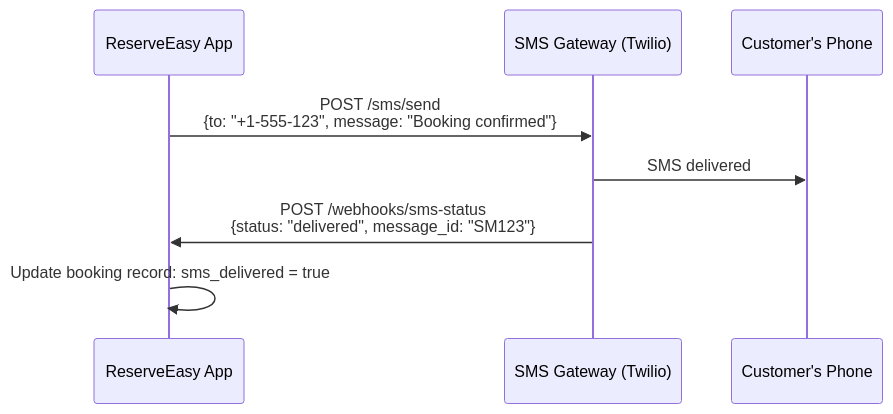
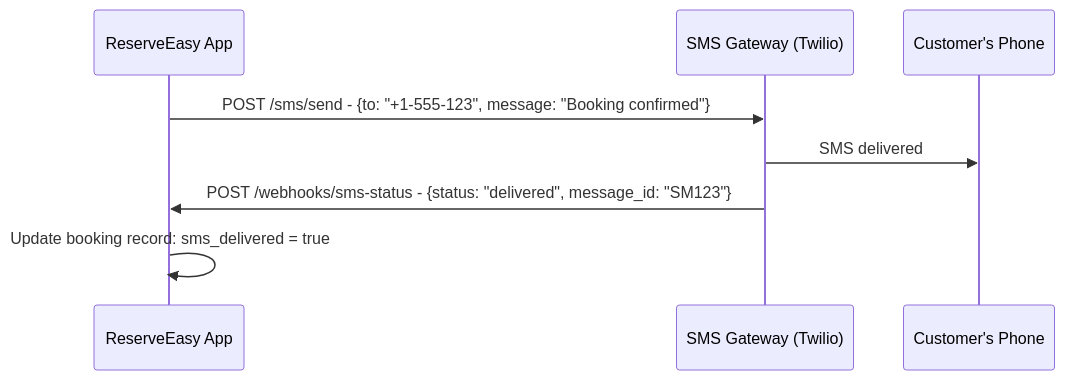
Before and after one commit to codezelaca/pm-ba-lifecycle: the second of 2 diagrams in 01-curriculum/07-technical-fluency.md, drawn with Mermaid. The commit also changed 11 other files, not shown here.

Commit message:
docs: standardize multi-line text formatting in diagrams and tables by replacing HTML line breaks with hyphens.

````diff
--- a/01-curriculum/07-technical-fluency.md
+++ b/01-curriculum/07-technical-fluency.md
@@ -558,11 +558,11 @@
 ```mermaid
 sequenceDiagram
     participant App as ReserveEasy App
     participant Twilio as SMS Gateway (Twilio)
     participant User as Customer's Phone
 
-    App->>Twilio: POST /sms/send<br/>{to: "+1-555-123", message: "Booking confirmed"}
+    App->>Twilio: POST /sms/send - {to: "+1-555-123", message: "Booking confirmed"}
     Twilio->>User: SMS delivered
-    Twilio->>App: POST /webhooks/sms-status<br/>{status: "delivered", message_id: "SM123"}
+    Twilio->>App: POST /webhooks/sms-status - {status: "delivered", message_id: "SM123"}
     App->>App: Update booking record: sms_delivered = true
 ```
````
